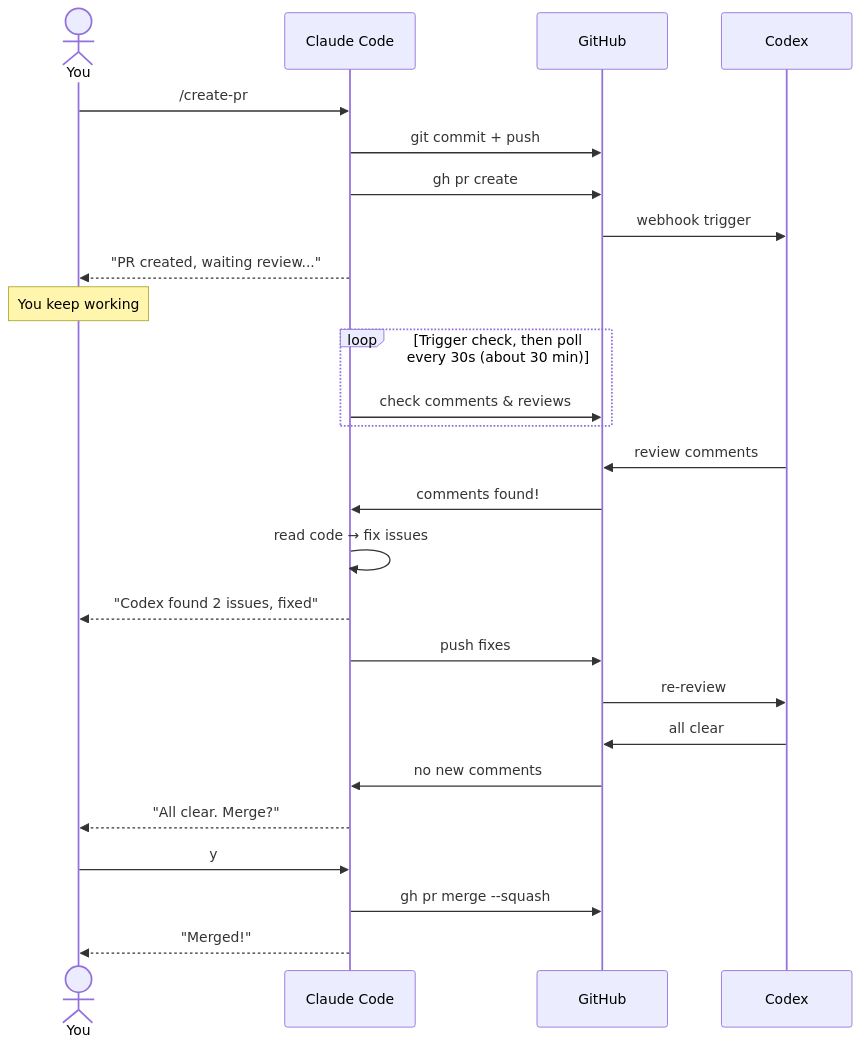
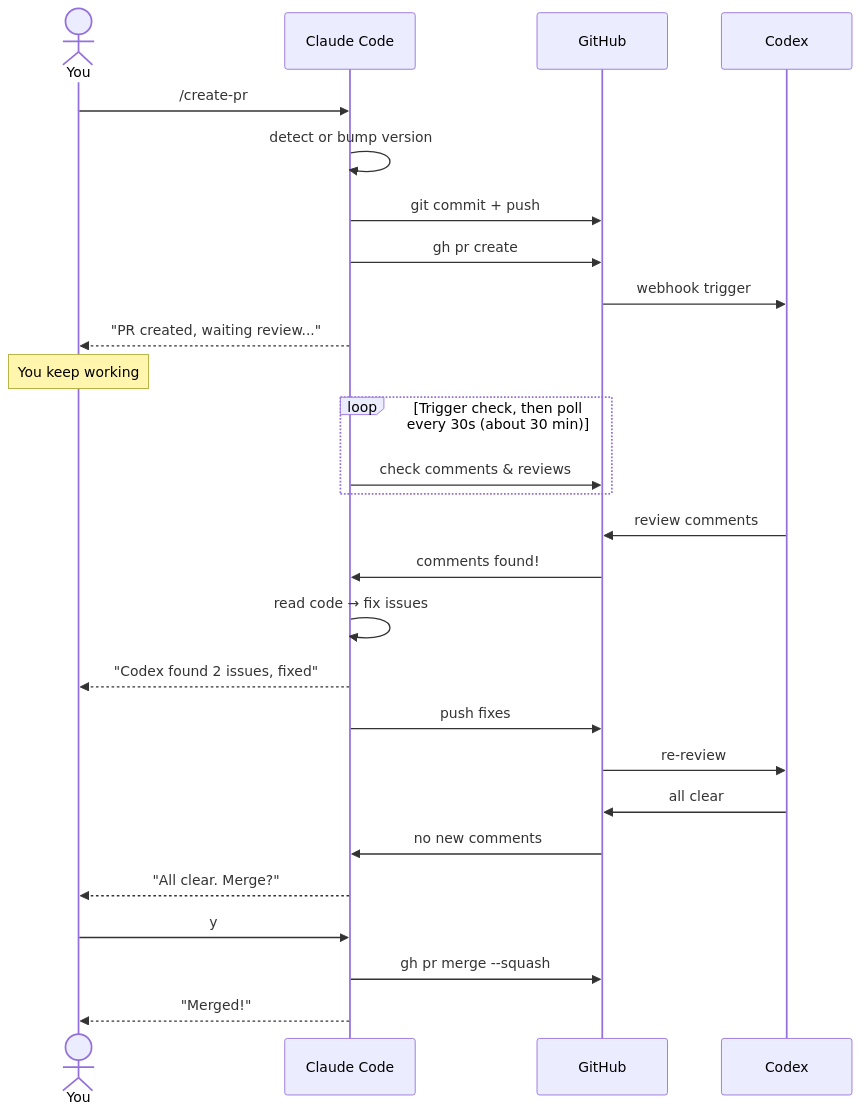
Before and after one commit to zytakeshi/create-pr-codex-review: the first of 2 diagrams in README.md, drawn with Mermaid. The commit also changed other lines of this file and 2 other files, not shown here.

````diff
--- a/README.md
+++ b/README.md
@@ -41,34 +43,35 @@
 ```mermaid
 sequenceDiagram
     actor You
     participant Claude as Claude Code
     participant GH as GitHub
     participant Codex as Codex
 
     You->>Claude: /create-pr
+    Claude->>Claude: detect or bump version
     Claude->>GH: git commit + push
     Claude->>GH: gh pr create
     GH->>Codex: webhook trigger
     Claude-->>You: "PR created, waiting review..."
 
     Note over You: You keep working
 
     loop Trigger check, then poll every 30s (about 30 min)
         Claude->>GH: check comments & reviews
     end
 
     Codex->>GH: review comments
     GH->>Claude: comments found!
     Claude->>Claude: read code → fix issues
     Claude-->>You: "Codex found 2 issues, fixed"
     Claude->>GH: push fixes
 
     GH->>Codex: re-review
     Codex->>GH: all clear
     GH->>Claude: no new comments
 
     Claude-->>You: "All clear. Merge?"
     You->>Claude: y
     Claude->>GH: gh pr merge --squash
     Claude-->>You: "Merged!"
 ```
````
